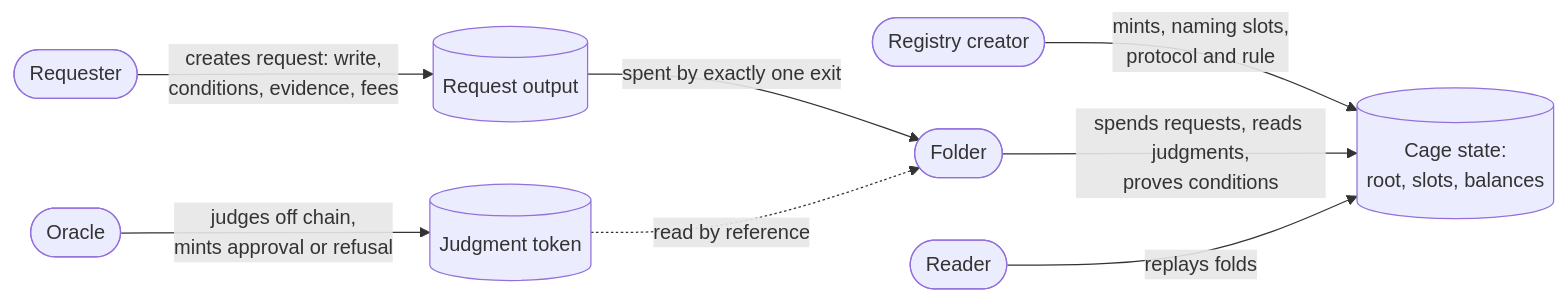
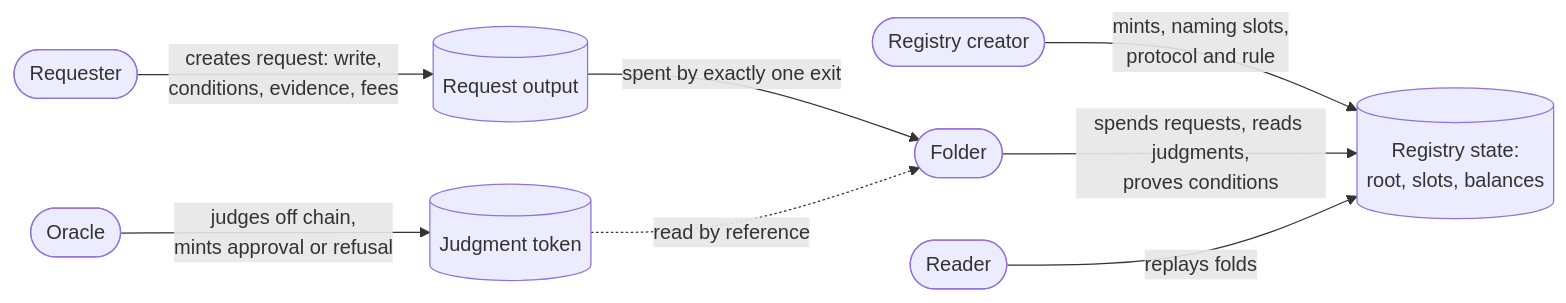
The second of 7 diagrams in docs/design/registries/open-mpfs.md (cardano-foundation/cardano-mpfs-onchain), drawn with Mermaid before and after one commit. The commit also changed other lines of this file and 8 other files, not shown here.

Commit message:
docs: call the on-chain output the registry state, not the cage

````diff
--- a/docs/design/registries/open-mpfs.md
+++ b/docs/design/registries/open-mpfs.md
@@ -122,10 +130,10 @@
 ```mermaid
 flowchart LR
-  creator([Registry creator]) -- "mints, naming slots,<br/>protocol and rule" --> state[(Cage state:<br/>root, slots, balances)]
+  creator([Registry creator]) -- "mints, naming slots,<br/>protocol and rule" --> state[(Registry state:<br/>root, slots, balances)]
   requester([Requester]) -- "creates request: write,<br/>conditions, evidence, fees" --> request[(Request output)]
   oracle([Oracle]) -- "judges off chain,<br/>mints approval or refusal" --> judgment[(Judgment token)]
   folder([Folder]) -- "spends requests, reads judgments,<br/>proves conditions" --> state
   request -- "spent by exactly one exit" --> folder
   judgment -. "read by reference" .-> folder
   reader([Reader]) -- "replays folds" --> state
 ```
````
